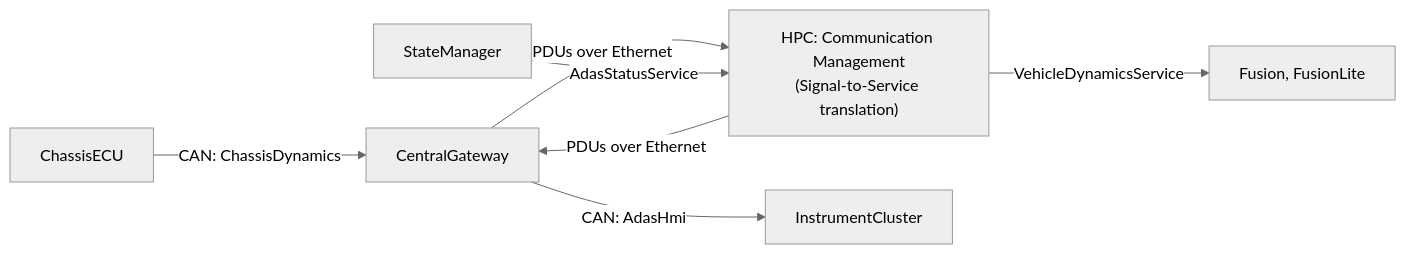
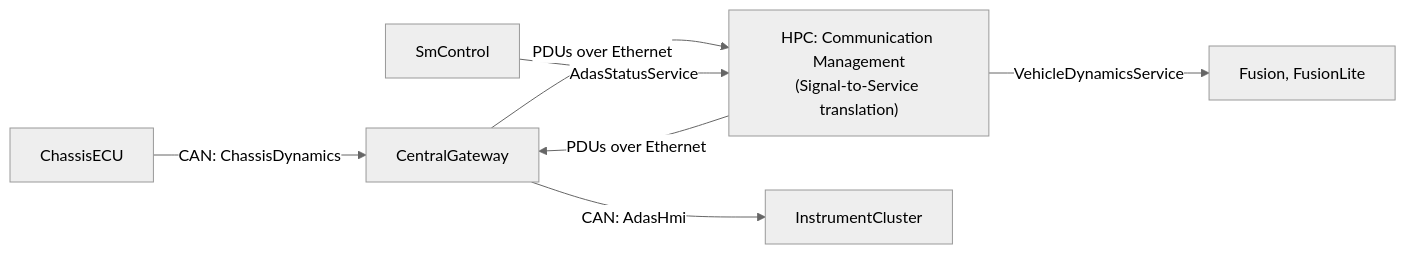
Before and after one commit to cavoidcodon/adaptive-guides: the eighth of 8 diagrams in guides/00_LearningPath.md, drawn with Mermaid (neutral theme). The commit also changed other lines of this file and 6 other files, not shown here.

````diff
--- a/guides/00_LearningPath.md
+++ b/guides/00_LearningPath.md
@@ -838,9 +846,9 @@
 ```mermaid
 flowchart LR
     CH["ChassisECU"] -->|"CAN: ChassisDynamics"| GW["CentralGateway"]
     GW -->|"PDUs over Ethernet"| CM["HPC: Communication Management<br/>(Signal-to-Service translation)"]
     CM -->|"VehicleDynamicsService"| FU["Fusion, FusionLite"]
-    SMG["StateManager"] -->|"AdasStatusService"| CM
+    SMC["SmControl"] -->|"AdasStatusService"| CM
     CM -->|"PDUs over Ethernet"| GW
     GW -->|"CAN: AdasHmi"| IC["InstrumentCluster"]
 ```
````
